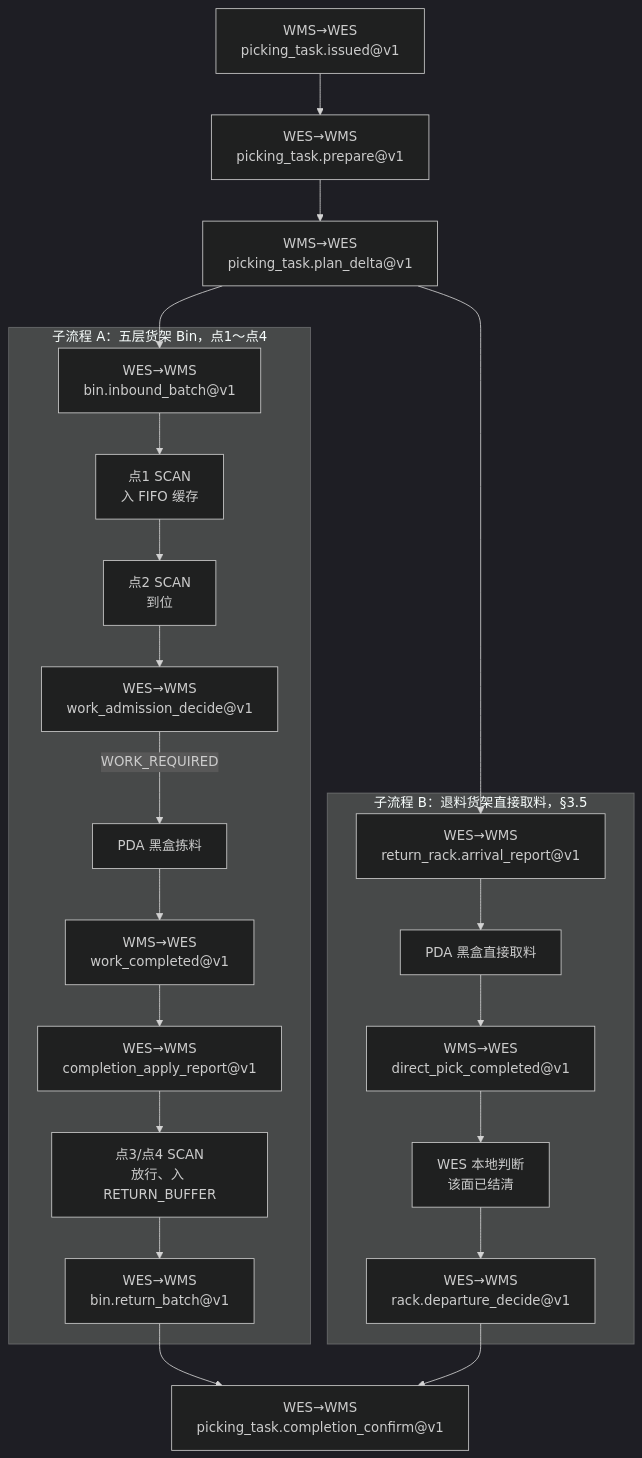
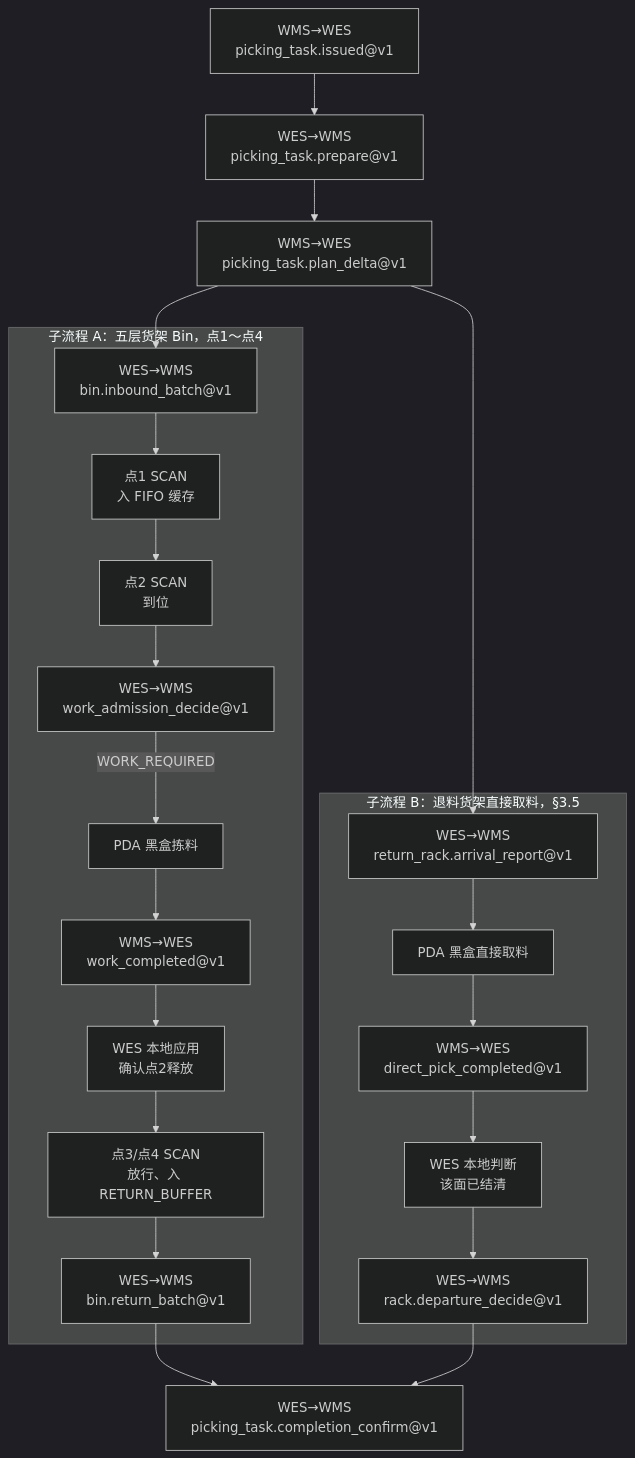
The first of 2 diagrams in docs/contracts/wms-manual-outbound-picking-integration-requirements.md (kaizhoumasha/wes_backend), drawn with Mermaid (dark theme) before and after one commit. The commit also changed other lines of this file and 67 other files, not shown here.

````diff
--- a/docs/contracts/wms-manual-outbound-picking-integration-requirements.md
+++ b/docs/contracts/wms-manual-outbound-picking-integration-requirements.md
@@ -37,19 +37,19 @@
 ```mermaid
 flowchart TD
     T1["WMS→WES<br/>picking_task.issued@v1"] --> T2["WES→WMS<br/>picking_task.prepare@v1"] --> T3["WMS→WES<br/>picking_task.plan_delta@v1"]
 
     T3 --> A0
     T3 --> B0
 
     subgraph A["子流程 A：五层货架 Bin，点1～点4"]
         A0["WES→WMS<br/>bin.inbound_batch@v1"] --> A1["点1 SCAN<br/>入 FIFO 缓存"] --> A2["点2 SCAN<br/>到位"] --> A3["WES→WMS<br/>work_admission_decide@v1"]
-        A3 -->|WORK_REQUIRED| A4["PDA 黑盒拣料"] --> A5["WMS→WES<br/>work_completed@v1"] --> A6["WES→WMS<br/>completion_apply_report@v1"] --> A7["点3/点4 SCAN<br/>放行、入 RETURN_BUFFER"] --> A8["WES→WMS<br/>bin.return_batch@v1"]
+        A3 -->|WORK_REQUIRED| A4["PDA 黑盒拣料"] --> A5["WMS→WES<br/>work_completed@v1"] --> A6["WES 本地应用<br/>确认点2释放"] --> A7["点3/点4 SCAN<br/>放行、入 RETURN_BUFFER"] --> A8["WES→WMS<br/>bin.return_batch@v1"]
     end
 
     subgraph B["子流程 B：退料货架直接取料，§3.5"]
         B0["WES→WMS<br/>return_rack.arrival_report@v1"] --> B1["PDA 黑盒直接取料"] --> B2["WMS→WES<br/>direct_pick_completed@v1"] --> B3["WES 本地判断<br/>该面已结清"] --> B4["WES→WMS<br/>rack.departure_decide@v1"]
     end
 
     A8 --> DONE["WES→WMS<br/>picking_task.completion_confirm@v1"]
     B4 --> DONE
 ```
````
